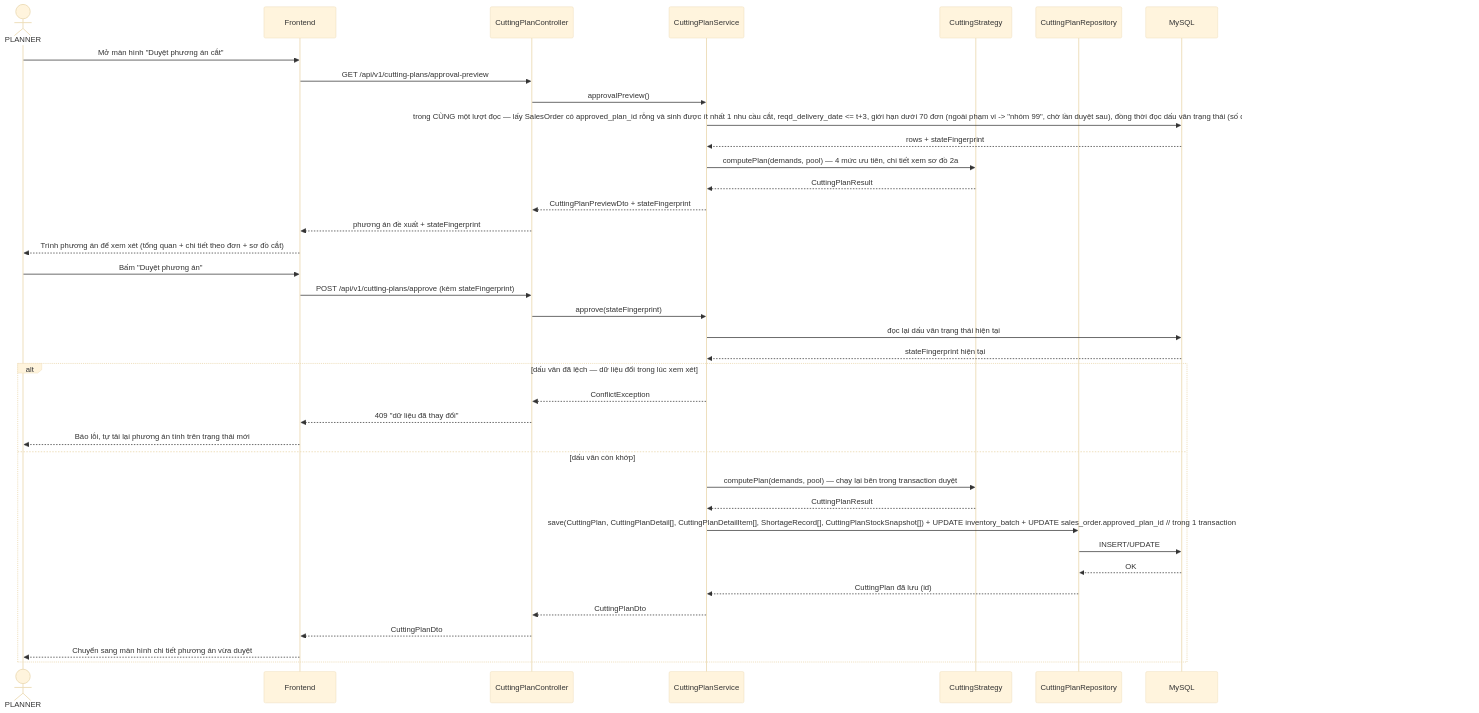
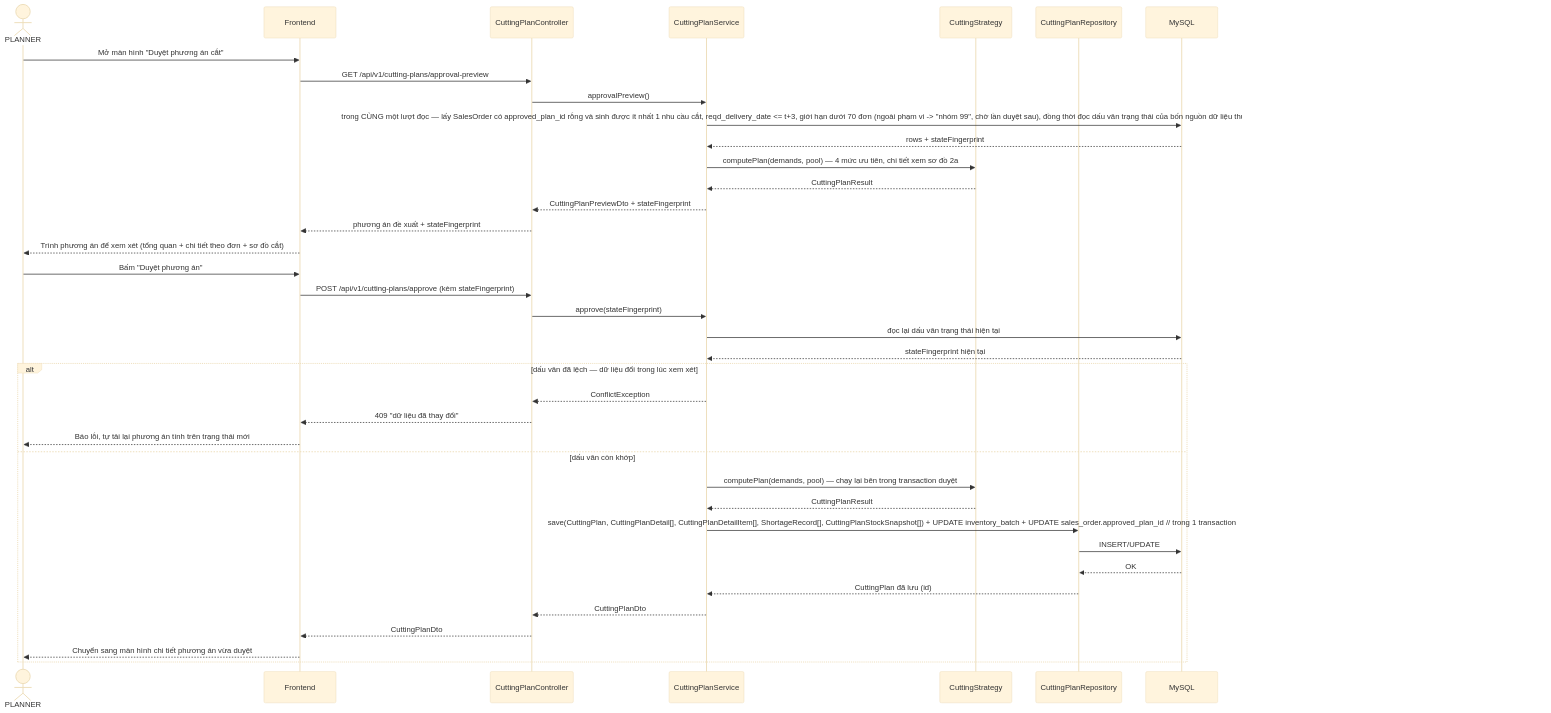
Before and after one commit to huydeptraii123/GraduationThesis: the third of 4 diagrams in docs/sequence-diagrams.md, drawn with Mermaid (base theme). The commit also changed other lines of this file and 1 other file, not shown here.

Commit message:
docs: dấu vân trạng thái phủ đủ bốn nguồn dữ liệu thuật toán đọc

````diff
--- a/docs/sequence-diagrams.md
+++ b/docs/sequence-diagrams.md
@@ -117,43 +117,43 @@
 ```mermaid
 sequenceDiagram
     actor U as PLANNER
     participant FE as Frontend
     participant C as CuttingPlanController
     participant SVC as CuttingPlanService
     participant CS as CuttingStrategy
     participant REPO as CuttingPlanRepository
     participant DB as MySQL
 
     U->>FE: Mở màn hình "Duyệt phương án cắt"
     FE->>C: GET /api/v1/cutting-plans/approval-preview
     C->>SVC: approvalPreview()
-    SVC->>DB: trong CÙNG một lượt đọc — lấy SalesOrder có approved_plan_id rỗng và sinh được ít nhất 1 nhu cầu cắt, reqd_delivery_date <= t+3, giới hạn dưới 70 đơn (ngoài phạm vi -> "nhóm 99", chờ lần duyệt sau), đồng thời đọc dấu vân trạng thái (số đơn chưa duyệt + mốc sửa gần nhất, số lô và tổng số thanh tồn kho)
+    SVC->>DB: trong CÙNG một lượt đọc — lấy SalesOrder có approved_plan_id rỗng và sinh được ít nhất 1 nhu cầu cắt, reqd_delivery_date <= t+3, giới hạn dưới 70 đơn (ngoài phạm vi -> "nhóm 99", chờ lần duyệt sau), đồng thời đọc dấu vân trạng thái của bốn nguồn dữ liệu thuật toán sẽ đọc (đơn chưa duyệt trong hạn giao, tồn kho, định mức, danh mục thanh nan)
     DB-->>SVC: rows + stateFingerprint
     SVC->>CS: computePlan(demands, pool) — 4 mức ưu tiên, chi tiết xem sơ đồ 2a
     CS-->>SVC: CuttingPlanResult
     SVC-->>C: CuttingPlanPreviewDto + stateFingerprint
     C-->>FE: phương án đề xuất + stateFingerprint
     FE-->>U: Trình phương án để xem xét (tổng quan + chi tiết theo đơn + sơ đồ cắt)
 
     U->>FE: Bấm "Duyệt phương án"
     FE->>C: POST /api/v1/cutting-plans/approve (kèm stateFingerprint)
     C->>SVC: approve(stateFingerprint)
     SVC->>DB: đọc lại dấu vân trạng thái hiện tại
     DB-->>SVC: stateFingerprint hiện tại
 
     alt dấu vân đã lệch — dữ liệu đổi trong lúc xem xét
         SVC-->>C: ConflictException
         C-->>FE: 409 "dữ liệu đã thay đổi"
         FE-->>U: Báo lỗi, tự tải lại phương án tính trên trạng thái mới
     else dấu vân còn khớp
         SVC->>CS: computePlan(demands, pool) — chạy lại bên trong transaction duyệt
         CS-->>SVC: CuttingPlanResult
         SVC->>REPO: save(CuttingPlan, CuttingPlanDetail[], CuttingPlanDetailItem[], ShortageRecord[], CuttingPlanStockSnapshot[]) + UPDATE inventory_batch + UPDATE sales_order.approved_plan_id  // trong 1 transaction
         REPO->>DB: INSERT/UPDATE
         DB-->>REPO: OK
         REPO-->>SVC: CuttingPlan đã lưu (id)
         SVC-->>C: CuttingPlanDto
         C-->>FE: CuttingPlanDto
         FE-->>U: Chuyển sang màn hình chi tiết phương án vừa duyệt
     end
 ```
````
